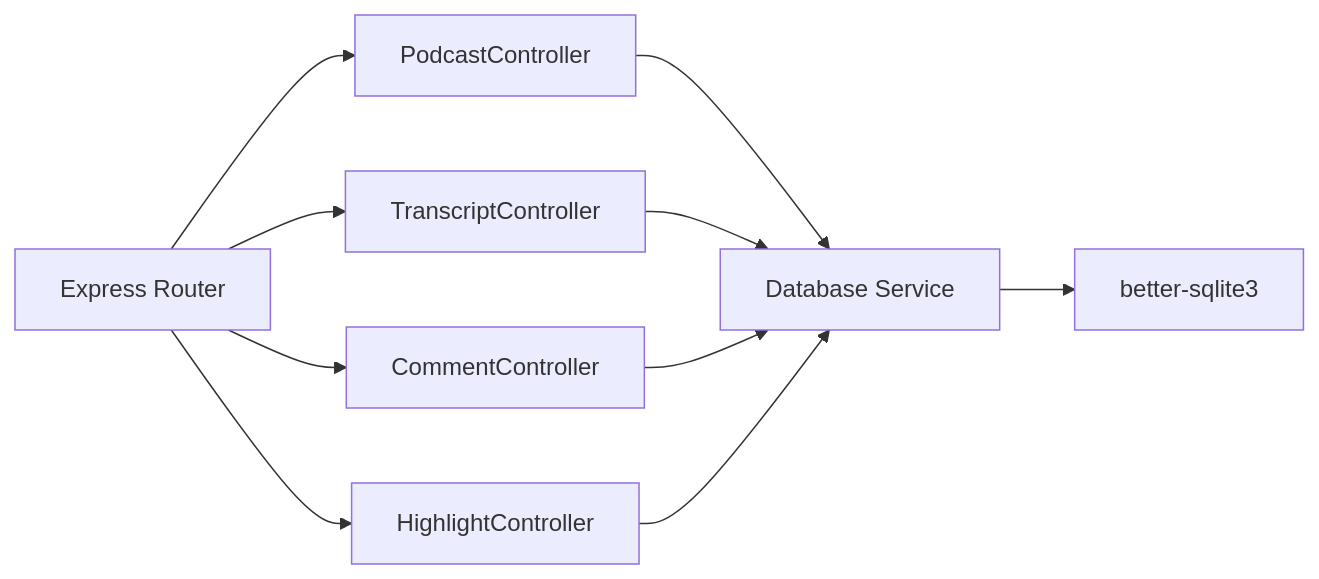
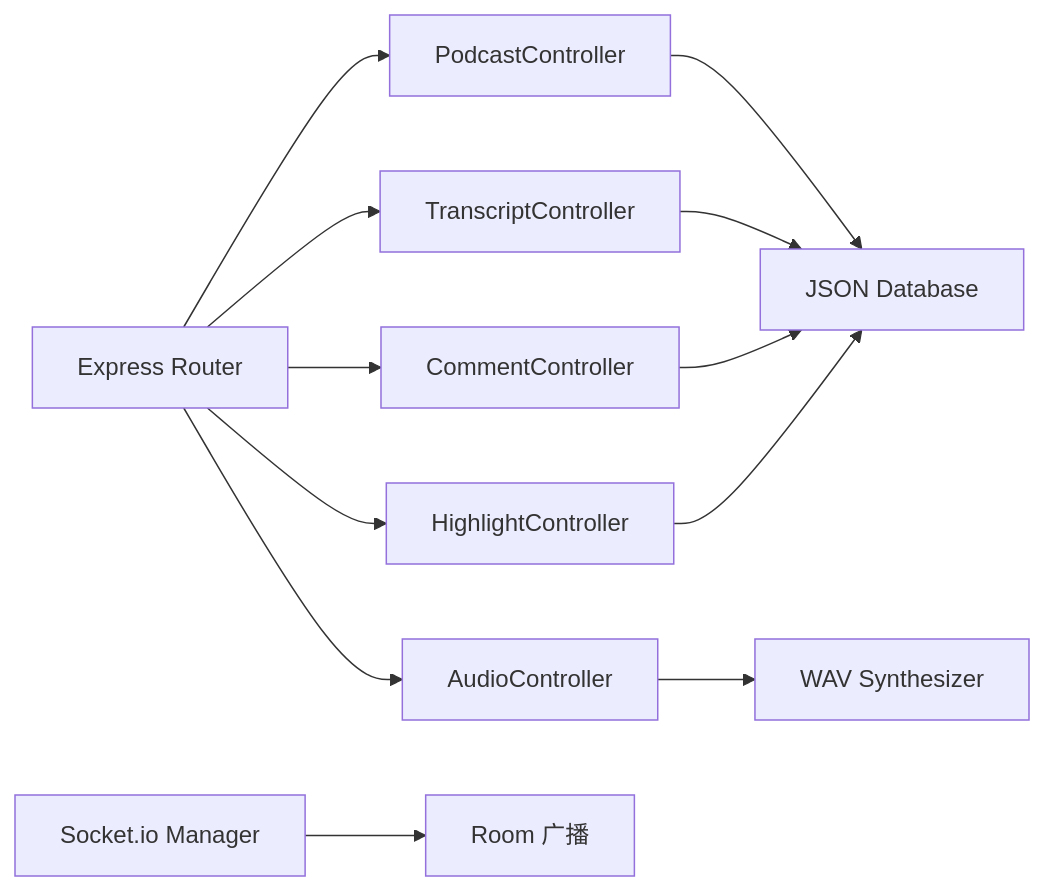
One commit to NUDT-ZSL/Solo changed the second of 3 diagrams in cp1_6.14_auto65/.trae/documents/technical-architecture.md. Above: the diagram before and after it, drawn with Mermaid. The commit also changed other lines of this file and 13 other files, not shown here.

````diff
--- a/cp1_6.14_auto65/.trae/documents/technical-architecture.md
+++ b/cp1_6.14_auto65/.trae/documents/technical-architecture.md
@@ -108,12 +147,14 @@
 ```mermaid
 flowchart LR
     A["Express Router"] --> B["PodcastController"]
-    A --> C["TranscriptController"]
-    A --> D["CommentController"]
-    A --> E["HighlightController"]
-    B --> F["Database Service"]
-    C --> F
-    D --> F
-    E --> F
-    F --> G["better-sqlite3"]
+    A --> C["AudioController"]
+    A --> D["TranscriptController"]
+    A --> E["CommentController"]
+    A --> F["HighlightController"]
+    B --> G["JSON Database"]
+    C --> H["WAV Synthesizer"]
+    D --> G
+    E --> G
+    F --> G
+    I["Socket.io Manager"] --> J["Room 广播"]
 ```
````
